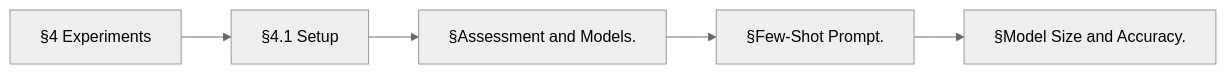
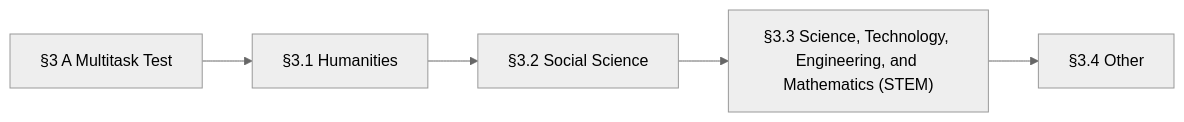
The tenth of 16 diagrams in docs/research/work-r2-score-noise-2026-11-25.md (DarknessLED/dsh-loom), drawn with Mermaid (neutral theme) before and after one commit. The commit also changed other lines of this file and 39 other files, not shown here.

````diff
--- a/docs/research/work-r2-score-noise-2026-11-25.md
+++ b/docs/research/work-r2-score-noise-2026-11-25.md
@@ -976,12 +988,12 @@
 ```mermaid
 flowchart LR
-  N0["§4 Experiments"]
-  N1["§4.1 Setup"]
-  N2["§Assessment and Models."]
-  N3["§Few-Shot Prompt."]
-  N4["§Model Size and Accuracy."]
+  N0["§3 A Multitask Test"]
+  N1["§3.1 Humanities"]
+  N2["§3.2 Social Science"]
+  N3["§3.3 Science, Technology, Engineering, and Mathematics (STEM)"]
+  N4["§3.4 Other"]
   N0 --> N1
   N1 --> N2
   N2 --> N3
   N3 --> N4
 ```
````
